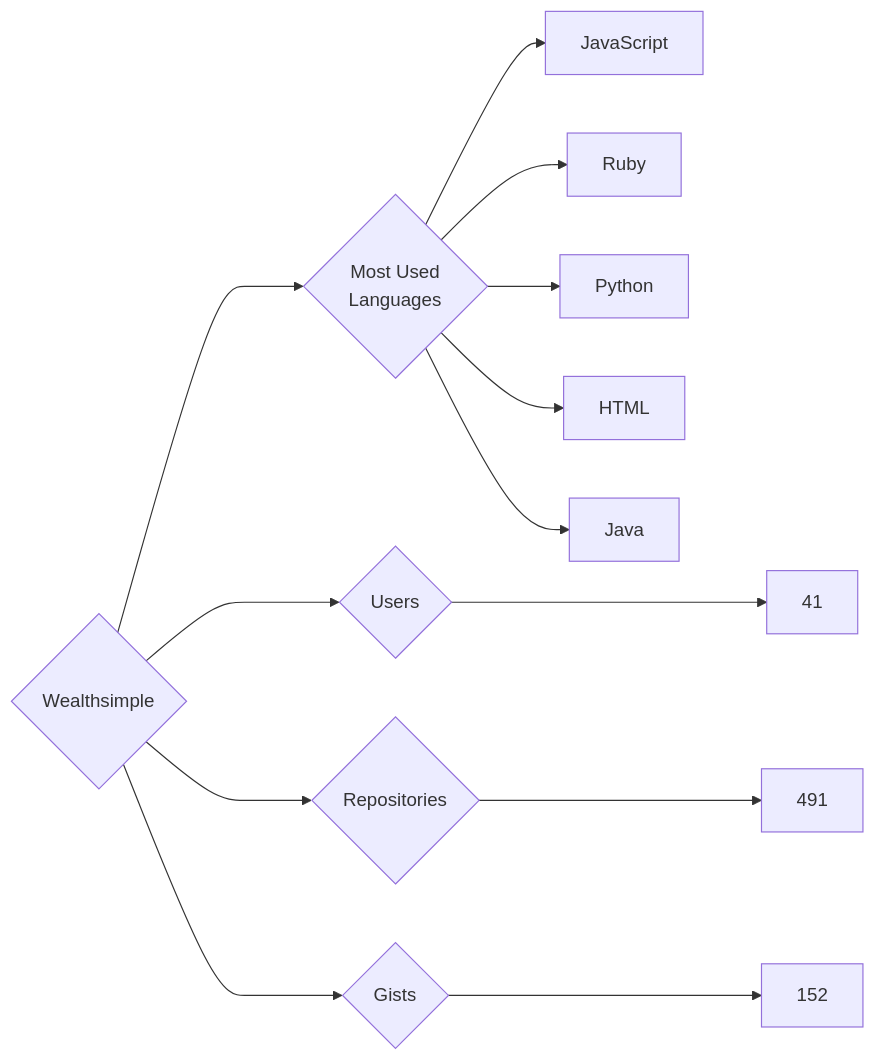
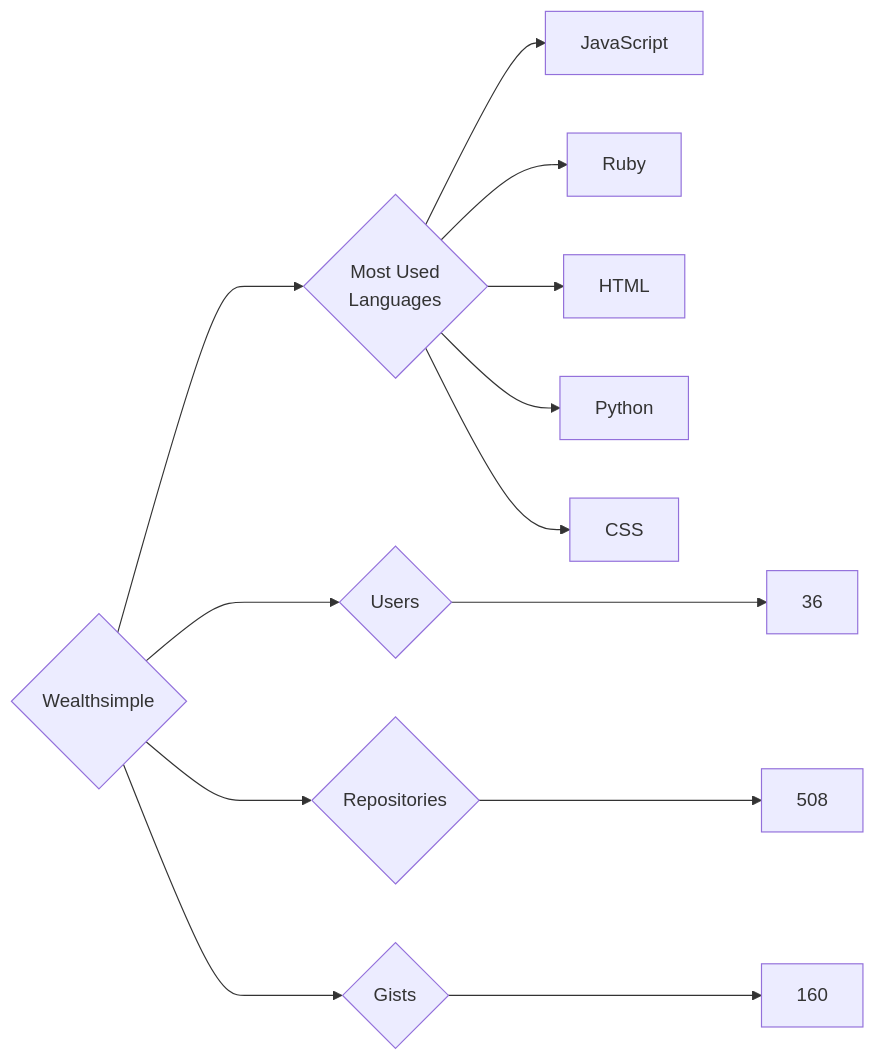
Before and after one commit to trickest/insiders: the diagram in targets/Wealthsimple/README.md, drawn with Mermaid. The commit also changed 715 other files, not shown here.

````diff
--- a/targets/Wealthsimple/README.md
+++ b/targets/Wealthsimple/README.md
@@ -3,13 +3,13 @@
 ```mermaid
 graph LR
 COMPANY_NAME{Wealthsimple}
-COMPANY_NAME ---> U{Users} ---> UN[41]
-COMPANY_NAME ---> R{Repositories} ---> RN[491]
-COMPANY_NAME ---> G{Gists} ---> GN[152]
+COMPANY_NAME ---> U{Users} ---> UN[36]
+COMPANY_NAME ---> R{Repositories} ---> RN[508]
+COMPANY_NAME ---> G{Gists} ---> GN[160]
 COMPANY_NAME ---> ML{Most Used<br>Languages}
 ML --> JavaScript[JavaScript]
 ML --> Ruby[Ruby]
+ML --> HTML[HTML]
 ML --> Python[Python]
-ML --> HTML[HTML]
-ML --> Java[Java]
+ML --> CSS[CSS]
 ```
````
